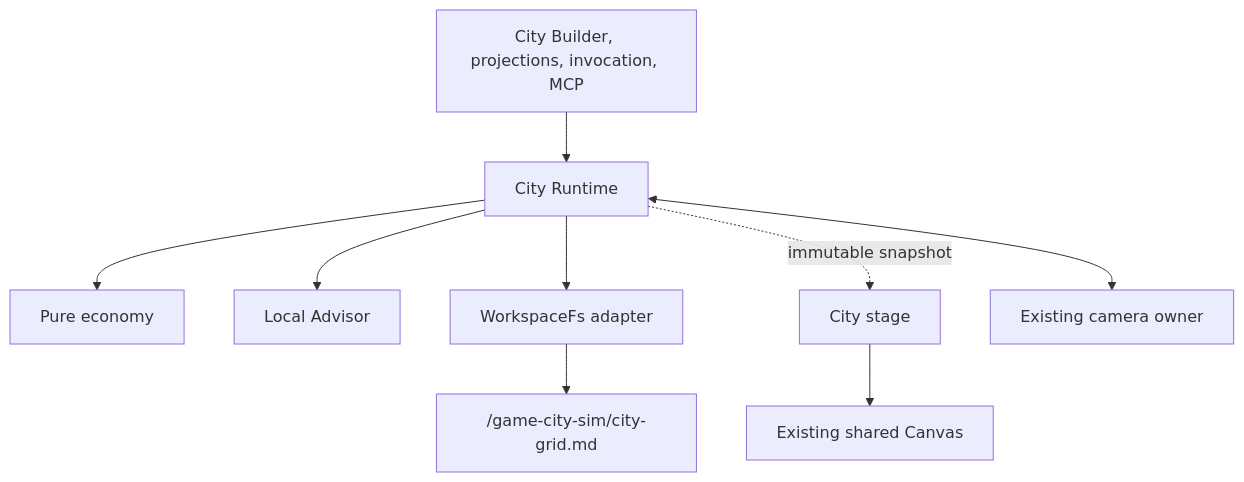
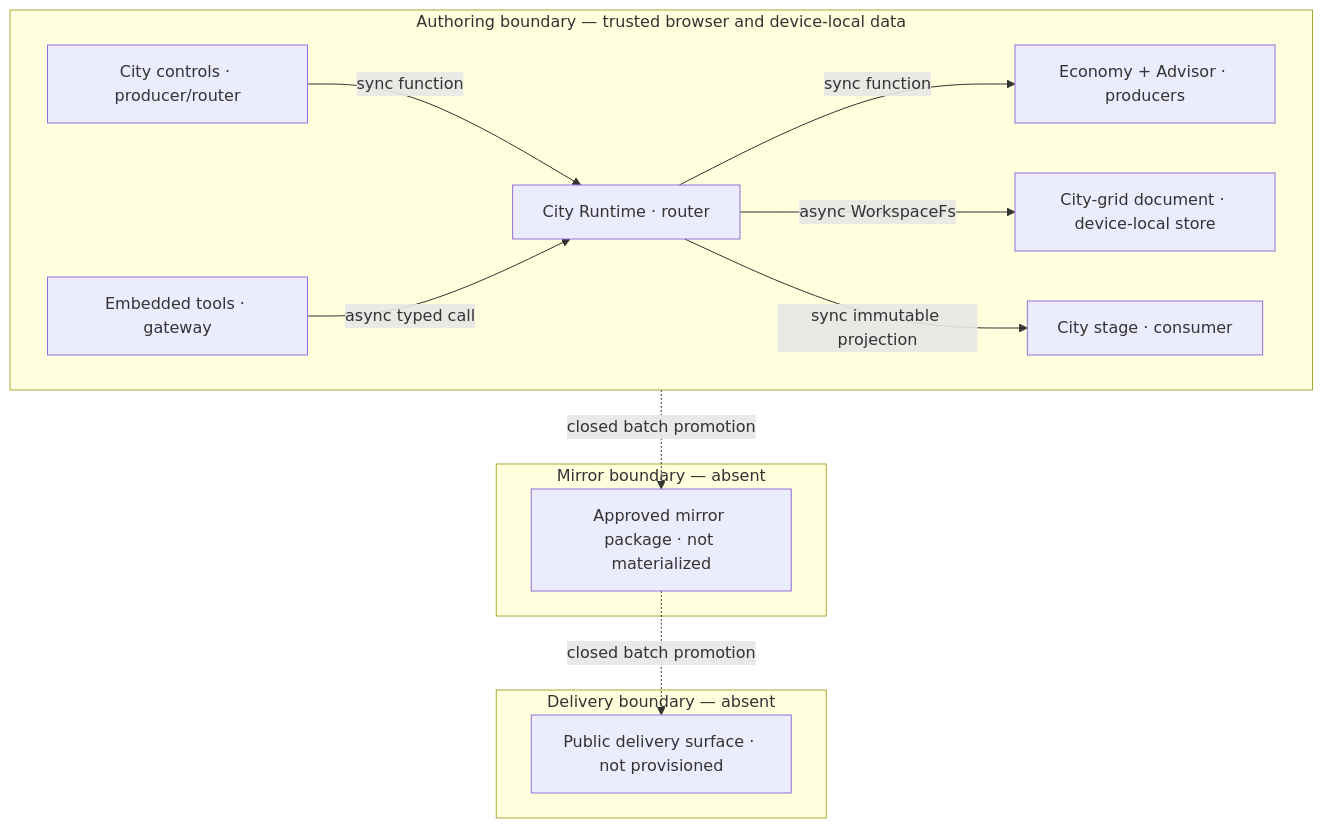
One commit to huijoohwee/agentic-graph changed the diagram in docs/documents/knowgrph-game-city-building-sim-rd-tad.md. Above: the diagram before and after it, drawn with Mermaid. The commit also changed other lines of this file and 76 other files, not shown here.

````diff
--- a/docs/documents/knowgrph-game-city-building-sim-rd-tad.md
+++ b/docs/documents/knowgrph-game-city-building-sim-rd-tad.md
@@ -236,11 +298,18 @@
 ```mermaid
 flowchart TB
-  Controls["City Builder, projections, invocation, MCP"] --> Runtime["City Runtime"]
-  Runtime --> Economy["Pure economy"]
-  Runtime --> Advisor["Local Advisor"]
-  Runtime --> Workspace["WorkspaceFs adapter"]
-  Workspace --> File["/game-city-sim/city-grid.md"]
-  Runtime -. immutable snapshot .-> Stage["City stage"]
-  Stage --> Shared["Existing shared Canvas"]
-  Runtime <--> Camera["Existing camera owner"]
+  subgraph A["Authoring boundary — trusted browser and device-local data"]
+    Controls["City controls · producer/router"] -->|sync function| Runtime["City Runtime · router"]
+    Tools["Embedded tools · gateway"] -->|async typed call| Runtime
+    Runtime -->|sync function| Logic["Economy + Advisor · producers"]
+    Runtime -->|async WorkspaceFs| Store["City-grid document · device-local store"]
+    Runtime -->|sync immutable projection| Stage["City stage · consumer"]
+  end
+  subgraph M["Mirror boundary — absent"]
+    Mirror["Approved mirror package · not materialized"]
+  end
+  subgraph D["Delivery boundary — absent"]
+    Delivery["Public delivery surface · not provisioned"]
+  end
+  A -. "closed batch promotion" .-> Mirror
+  Mirror -. "closed batch promotion" .-> Delivery
 ```
````
